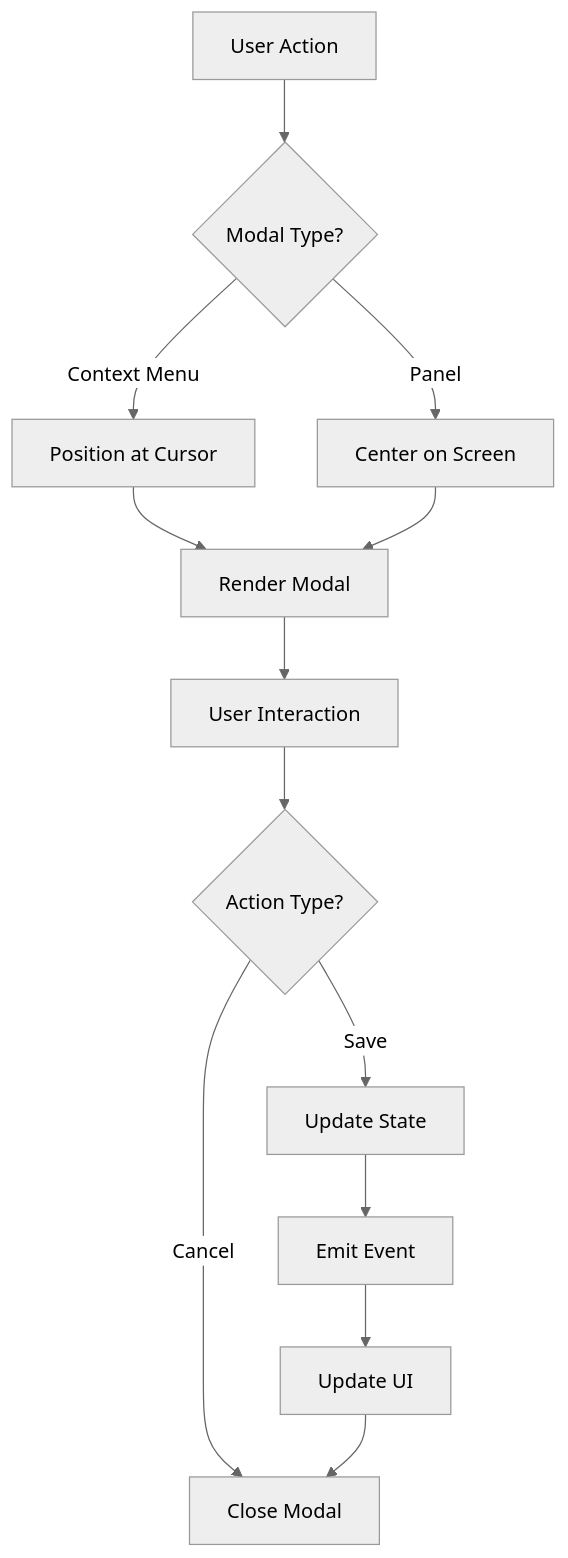
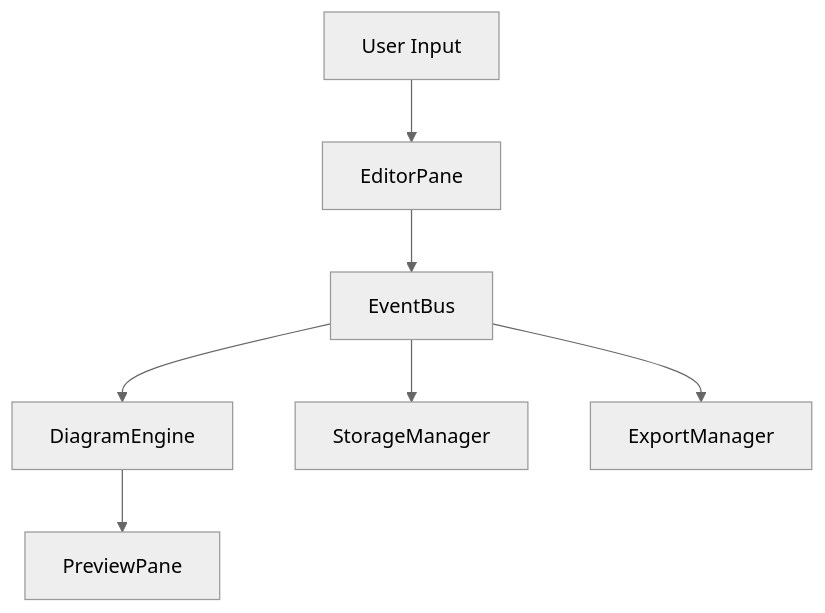
One commit to leolech14/mermaid changed the diagram in ARCHITECTURE.md. Above: the diagram before and after it, drawn with Mermaid (neutral theme). The commit also changed other lines of this file and 24 other files, not shown here.

````diff
--- a/ARCHITECTURE.md
+++ b/ARCHITECTURE.md
@@ -211,15 +56,9 @@
 ```mermaid
 graph TD
-    A[User Action] --> B{Modal Type?}
-    B -->|Context Menu| C[Position at Cursor]
-    B -->|Panel| D[Center on Screen]
-    C --> E[Render Modal]
-    D --> E
-    E --> F[User Interaction]
-    F --> G{Action Type?}
-    G -->|Save| H[Update State]
-    G -->|Cancel| I[Close Modal]
-    H --> J[Emit Event]
-    J --> K[Update UI]
-    K --> I
+    A[User Input] --> B[EditorPane]
+    B --> C[EventBus]
+    C --> D[DiagramEngine]
+    D --> E[PreviewPane]
+    C --> F[StorageManager]
+    C --> G[ExportManager]
 ```
````
